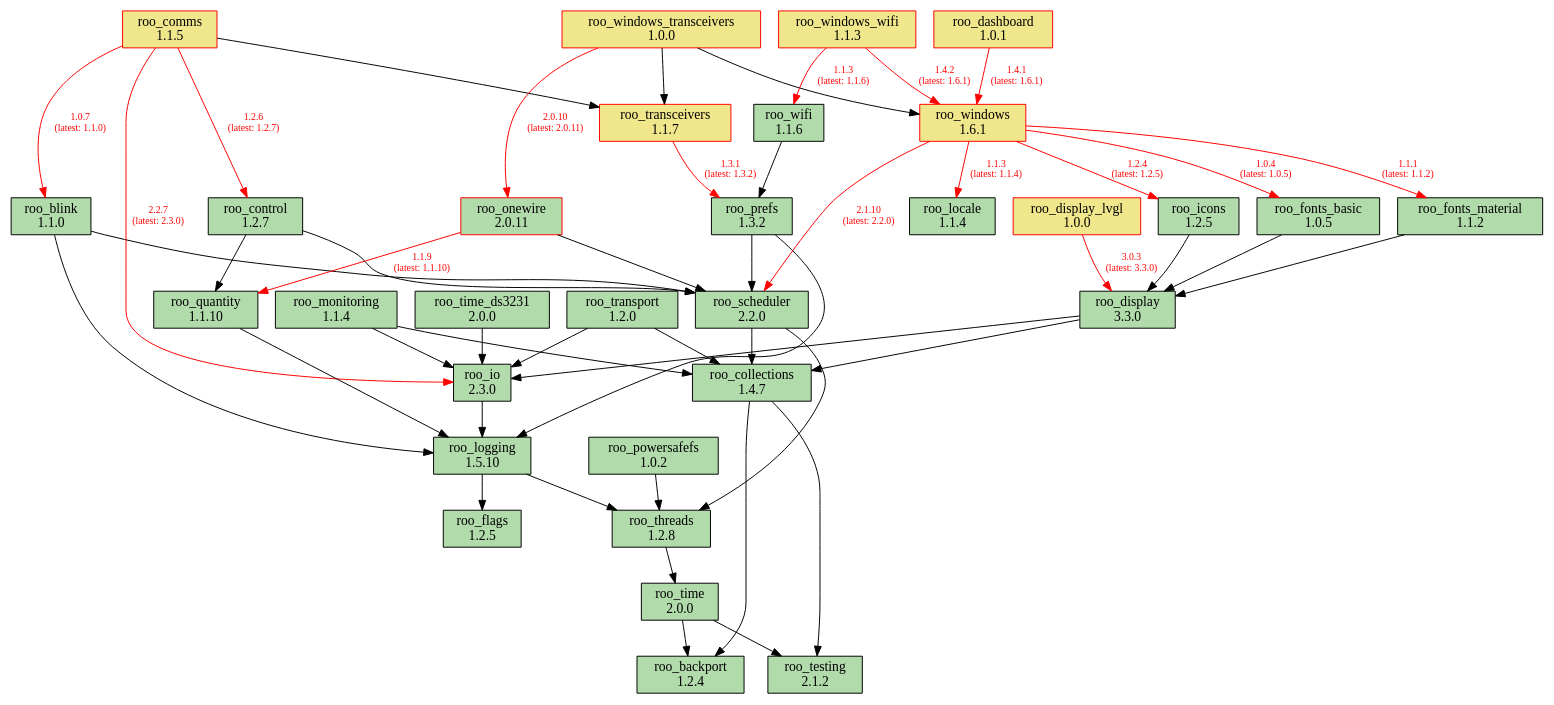
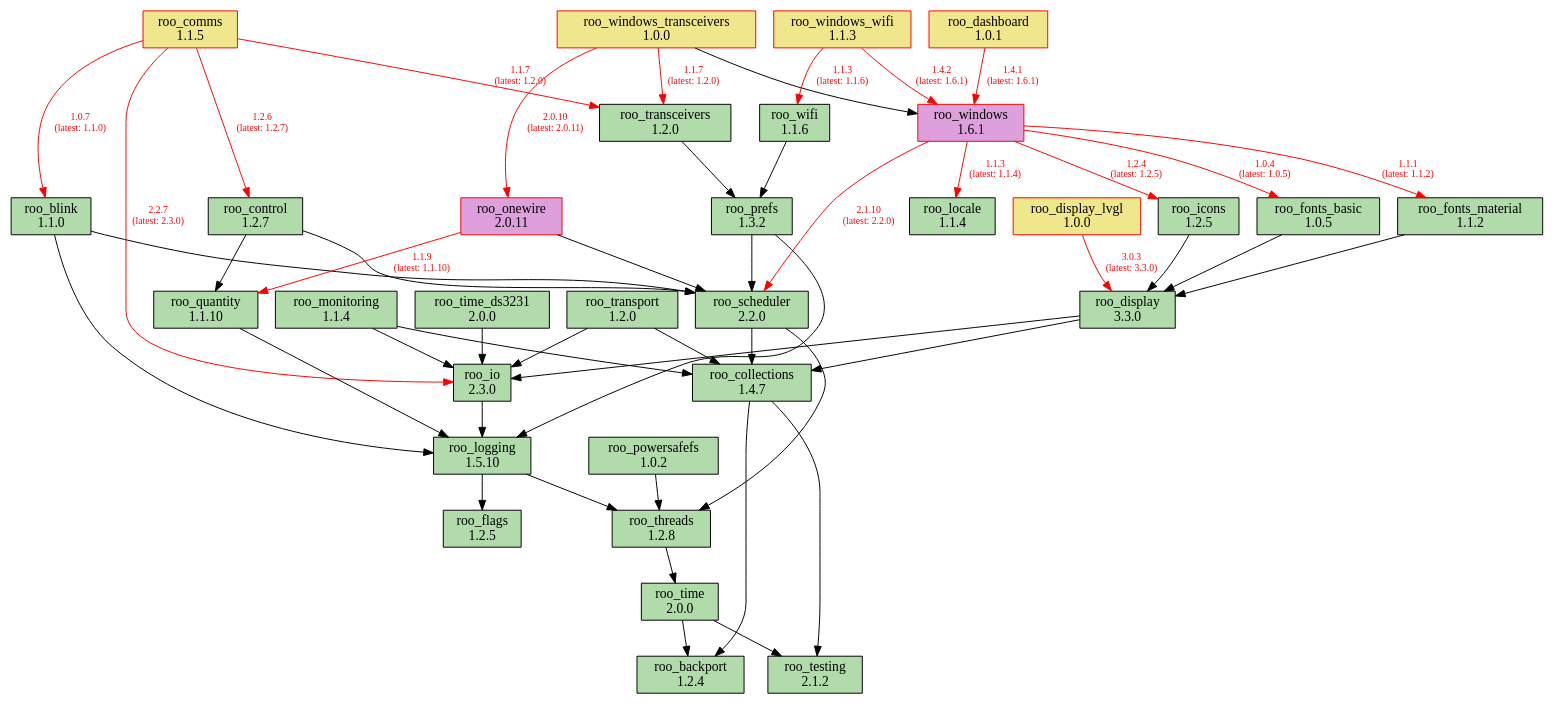
Before and after one commit to dejwk/roo-registry: the diagram in doc/dependencies.dot, drawn with Graphviz. The commit also changed 3 other files, not shown here.

Commit message:
Added roo_transceivers 1.2.0 to the registry.

```diff
--- a/doc/dependencies.dot
+++ b/doc/dependencies.dot
@@ -1,88 +1,88 @@
 digraph dependencies {
     rankdir=TB;
     node [shape=box, style=filled];
     edge [fontsize=10];
 
     // Modules
     "roo_backport" [label="roo_backport\n1.2.4", fillcolor="#b1dbab", color="black"];
     "roo_blink" [label="roo_blink\n1.1.0", fillcolor="#b1dbab", color="black"];
     "roo_collections" [label="roo_collections\n1.4.7", fillcolor="#b1dbab", color="black"];
     "roo_comms" [label="roo_comms\n1.1.5", fillcolor="khaki", color="red"];
     "roo_control" [label="roo_control\n1.2.7", fillcolor="#b1dbab", color="black"];
     "roo_dashboard" [label="roo_dashboard\n1.0.1", fillcolor="khaki", color="red"];
     "roo_display" [label="roo_display\n3.3.0", fillcolor="#b1dbab", color="black"];
     "roo_display_lvgl" [label="roo_display_lvgl\n1.0.0", fillcolor="khaki", color="red"];
     "roo_flags" [label="roo_flags\n1.2.5", fillcolor="#b1dbab", color="black"];
     "roo_fonts_basic" [label="roo_fonts_basic\n1.0.5", fillcolor="#b1dbab", color="black"];
     "roo_fonts_material" [label="roo_fonts_material\n1.1.2", fillcolor="#b1dbab", color="black"];
     "roo_icons" [label="roo_icons\n1.2.5", fillcolor="#b1dbab", color="black"];
     "roo_io" [label="roo_io\n2.3.0", fillcolor="#b1dbab", color="black"];
     "roo_locale" [label="roo_locale\n1.1.4", fillcolor="#b1dbab", color="black"];
     "roo_logging" [label="roo_logging\n1.5.10", fillcolor="#b1dbab", color="black"];
     "roo_monitoring" [label="roo_monitoring\n1.1.4", fillcolor="#b1dbab", color="black"];
-    "roo_onewire" [label="roo_onewire\n2.0.11", fillcolor="#b1dbab", color="red"];
+    "roo_onewire" [label="roo_onewire\n2.0.11", fillcolor="plum", color="red"];
     "roo_powersafefs" [label="roo_powersafefs\n1.0.2", fillcolor="#b1dbab", color="black"];
     "roo_prefs" [label="roo_prefs\n1.3.2", fillcolor="#b1dbab", color="black"];
     "roo_quantity" [label="roo_quantity\n1.1.10", fillcolor="#b1dbab", color="black"];
     "roo_scheduler" [label="roo_scheduler\n2.2.0", fillcolor="#b1dbab", color="black"];
     "roo_testing" [label="roo_testing\n2.1.2", fillcolor="#b1dbab", color="black"];
     "roo_threads" [label="roo_threads\n1.2.8", fillcolor="#b1dbab", color="black"];
     "roo_time" [label="roo_time\n2.0.0", fillcolor="#b1dbab", color="black"];
     "roo_time_ds3231" [label="roo_time_ds3231\n2.0.0", fillcolor="#b1dbab", color="black"];
-    "roo_transceivers" [label="roo_transceivers\n1.1.7", fillcolor="khaki", color="red"];
+    "roo_transceivers" [label="roo_transceivers\n1.2.0", fillcolor="#b1dbab", color="black"];
     "roo_transport" [label="roo_transport\n1.2.0", fillcolor="#b1dbab", color="black"];
     "roo_wifi" [label="roo_wifi\n1.1.6", fillcolor="#b1dbab", color="black"];
-    "roo_windows" [label="roo_windows\n1.6.1", fillcolor="khaki", color="red"];
+    "roo_windows" [label="roo_windows\n1.6.1", fillcolor="plum", color="red"];
     "roo_windows_transceivers" [label="roo_windows_transceivers\n1.0.0", fillcolor="khaki", color="red"];
     "roo_windows_wifi" [label="roo_windows_wifi\n1.1.3", fillcolor="khaki", color="red"];
 
     // Dependencies
     "roo_blink" -> "roo_logging";
     "roo_blink" -> "roo_scheduler";
     "roo_collections" -> "roo_testing";
     "roo_collections" -> "roo_backport";
     "roo_comms" -> "roo_blink" [color=red, fontcolor=red, label="1.0.7\n(latest: 1.1.0)"];
     "roo_comms" -> "roo_control" [color=red, fontcolor=red, label="1.2.6\n(latest: 1.2.7)"];
     "roo_comms" -> "roo_io" [color=red, fontcolor=red, label="2.2.7\n(latest: 2.3.0)"];
-    "roo_comms" -> "roo_transceivers";
+    "roo_comms" -> "roo_transceivers" [color=red, fontcolor=red, label="1.1.7\n(latest: 1.2.0)"];
     "roo_control" -> "roo_quantity";
     "roo_control" -> "roo_scheduler";
     "roo_dashboard" -> "roo_windows" [color=red, fontcolor=red, label="1.4.1\n(latest: 1.6.1)"];
     "roo_display" -> "roo_collections";
     "roo_display" -> "roo_io";
     "roo_display_lvgl" -> "roo_display" [color=red, fontcolor=red, label="3.0.3\n(latest: 3.3.0)"];
     "roo_fonts_basic" -> "roo_display";
     "roo_fonts_material" -> "roo_display";
     "roo_icons" -> "roo_display";
     "roo_io" -> "roo_logging";
     "roo_logging" -> "roo_flags";
     "roo_logging" -> "roo_threads";
     "roo_monitoring" -> "roo_collections";
     "roo_monitoring" -> "roo_io";
     "roo_onewire" -> "roo_scheduler";
     "roo_onewire" -> "roo_quantity" [color=red, fontcolor=red, label="1.1.9\n(latest: 1.1.10)"];
     "roo_powersafefs" -> "roo_threads";
     "roo_prefs" -> "roo_logging";
     "roo_prefs" -> "roo_scheduler";
     "roo_quantity" -> "roo_logging";
     "roo_scheduler" -> "roo_collections";
     "roo_scheduler" -> "roo_threads";
     "roo_threads" -> "roo_time";
     "roo_time" -> "roo_testing";
     "roo_time" -> "roo_backport";
     "roo_time_ds3231" -> "roo_io";
-    "roo_transceivers" -> "roo_prefs" [color=red, fontcolor=red, label="1.3.1\n(latest: 1.3.2)"];
+    "roo_transceivers" -> "roo_prefs";
     "roo_transport" -> "roo_collections";
     "roo_transport" -> "roo_io";
     "roo_wifi" -> "roo_prefs";
     "roo_windows" -> "roo_fonts_basic" [color=red, fontcolor=red, label="1.0.4\n(latest: 1.0.5)"];
     "roo_windows" -> "roo_fonts_material" [color=red, fontcolor=red, label="1.1.1\n(latest: 1.1.2)"];
     "roo_windows" -> "roo_locale" [color=red, fontcolor=red, label="1.1.3\n(latest: 1.1.4)"];
     "roo_windows" -> "roo_icons" [color=red, fontcolor=red, label="1.2.4\n(latest: 1.2.5)"];
     "roo_windows" -> "roo_scheduler" [color=red, fontcolor=red, label="2.1.10\n(latest: 2.2.0)"];
     "roo_windows_transceivers" -> "roo_onewire" [color=red, fontcolor=red, label="2.0.10\n(latest: 2.0.11)"];
-    "roo_windows_transceivers" -> "roo_transceivers";
+    "roo_windows_transceivers" -> "roo_transceivers" [color=red, fontcolor=red, label="1.1.7\n(latest: 1.2.0)"];
     "roo_windows_transceivers" -> "roo_windows";
     "roo_windows_wifi" -> "roo_wifi" [color=red, fontcolor=red, label="1.1.3\n(latest: 1.1.6)"];
     "roo_windows_wifi" -> "roo_windows" [color=red, fontcolor=red, label="1.4.2\n(latest: 1.6.1)"];
 }
```
